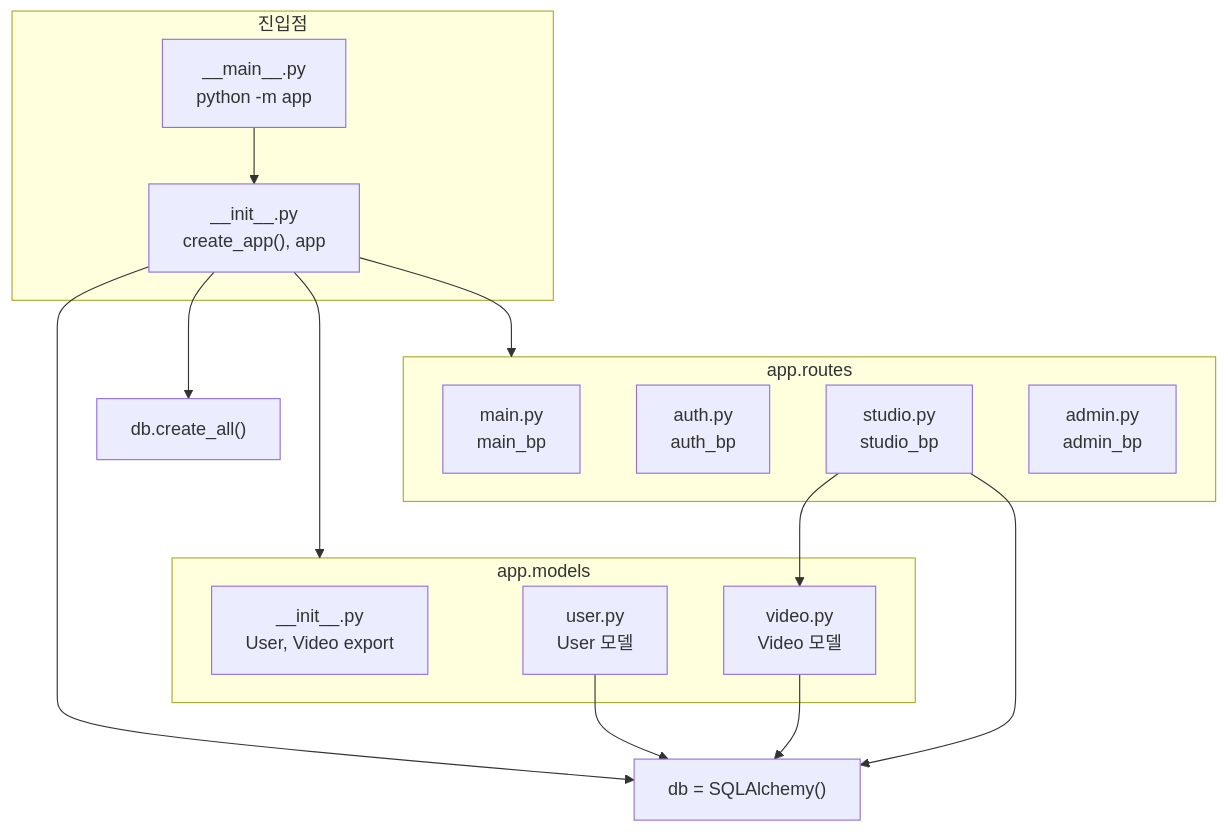
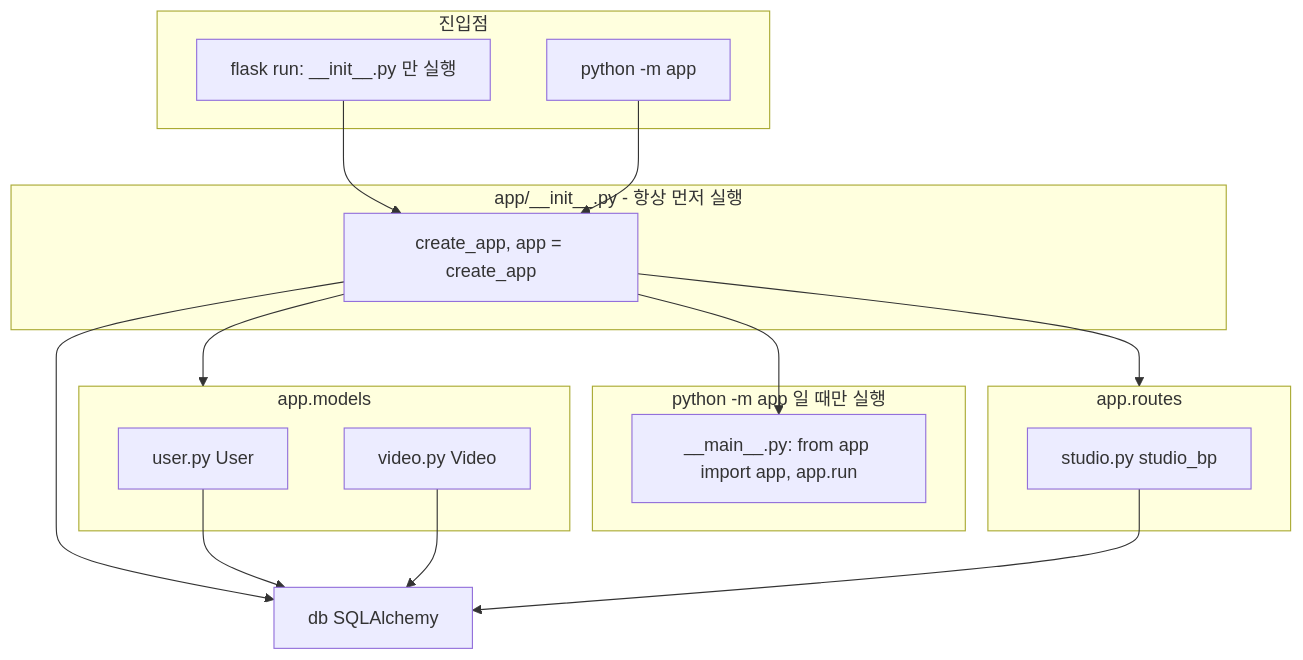
Before and after one commit to lsy3709/Wetube-Backend-work-: the first of 6 diagrams in ch05/docs/10_코드_주석_개념_다이어그램_문법_사용법.md, drawn with Mermaid. The commit also changed other lines of this file and 3 other files, not shown here.

````diff
--- a/ch05/docs/10_코드_주석_개념_다이어그램_문법_사용법.md
+++ b/ch05/docs/10_코드_주석_개념_다이어그램_문법_사용법.md
@@ -13,27 +26,29 @@
 ```mermaid
 flowchart TB
     subgraph entry["진입점"]
-        __main__["__main__.py\npython -m app"]
-        __init__["__init__.py\ncreate_app(), app"]
+        A["flask run: __init__.py 만 실행"]
+        B["python -m app"]
+    end
+    subgraph init["app/__init__.py - 항상 먼저 실행"]
+        __init__["create_app, app = create_app"]
+    end
+    subgraph main_only["python -m app 일 때만 실행"]
+        __main__["__main__.py: from app import app, app.run"]
     end
     subgraph models["app.models"]
-        m_init["__init__.py\nUser, Video export"]
-        user["user.py\nUser 모델"]
-        video["video.py\nVideo 모델"]
+        user["user.py User"]
+        video["video.py Video"]
     end
     subgraph routes["app.routes"]
-        r_main["main.py\nmain_bp"]
-        r_auth["auth.py\nauth_bp"]
-        r_studio["studio.py\nstudio_bp"]
-        r_admin["admin.py\nadmin_bp"]
+        r_studio["studio.py studio_bp"]
     end
-    __main__ --> __init__
-    __init__ --> db["db = SQLAlchemy()"]
+    A --> __init__
+    B --> __init__
+    __init__ --> __main__
+    __init__ --> db["db SQLAlchemy"]
     __init__ --> models
     __init__ --> routes
-    __init__ --> db_create["db.create_all()"]
     user --> db
     video --> db
     r_studio --> db
-    r_studio --> video
 ```
````
